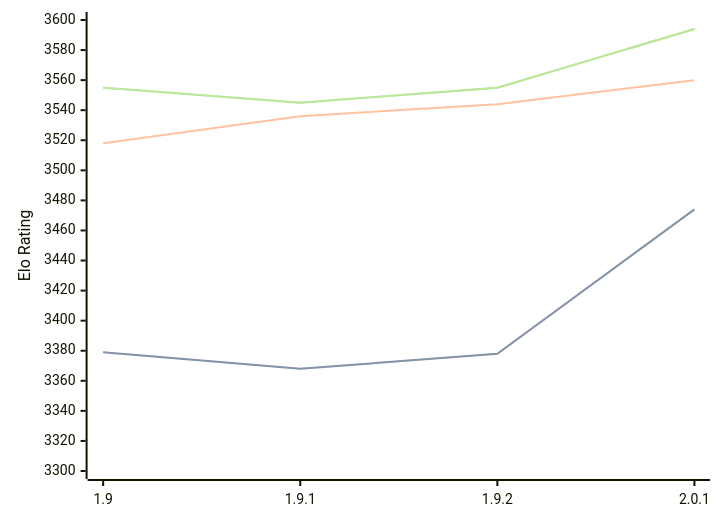
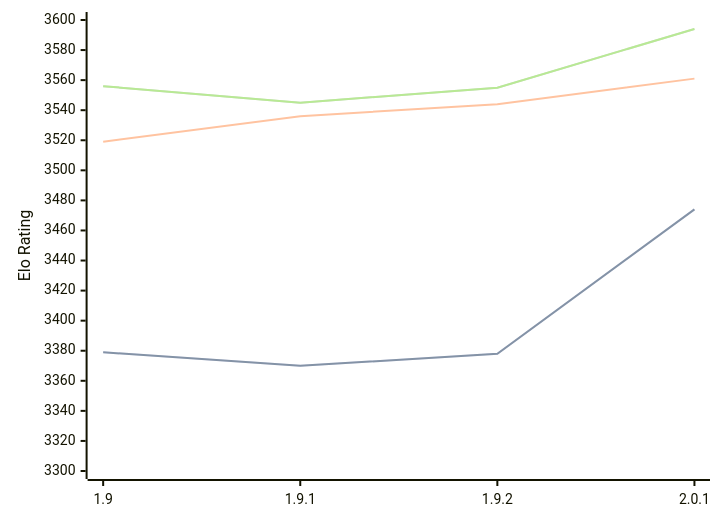
The diagram in engines/Pawnocchio.md (computer-chess-index/cci), drawn with Mermaid before and after one commit. The commit also changed other lines of this file, not shown here.

Commit message:
Update CCI Ratings (ELO VLTC) - 2026-09-09

````diff
--- a/engines/Pawnocchio.md
+++ b/engines/Pawnocchio.md
@@ -36,11 +36,11 @@
 ```mermaid
 %%{init: {"theme":"base","themeVariables":{"seriesColors:['#a3a3a3','#222221','#faa371']}}}%%
 xychart-beta
   x-axis ["1.9", "1.9.1", "1.9.2", "2.0.1"]
   y-axis "Elo Rating" 3300 --> 3600
-  line "" [3379, 3368, 3378, 3474]
-  line "STC (8.0+0.08s)" [3379, 3368, 3378, 3474]
-  line "LTC (60.0+0.60s)" [3518, 3536, 3544, 3560]
-  line "" [3555, 3545, 3555, 3594]
-  line "VLTC (2m24s+1.12s)" [3555, 3545, 3555, 3594]
+  line "" [3379, 3370, 3378, 3474]
+  line "STC (8.0+0.08s)" [3379, 3370, 3378, 3474]
+  line "LTC (60.0+0.60s)" [3519, 3536, 3544, 3561]
+  line "" [3556, 3545, 3555, 3594]
+  line "VLTC (2m24s+1.12s)" [3556, 3545, 3555, 3594]
 ```
````
